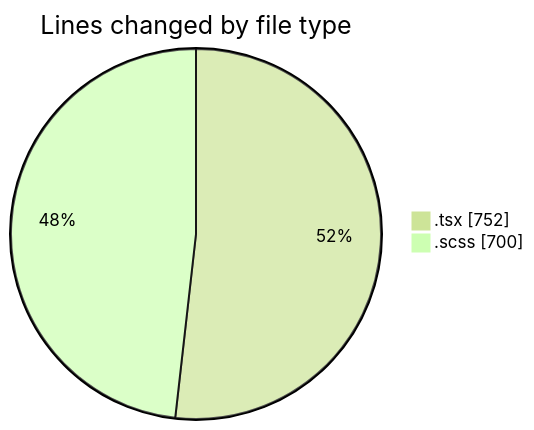
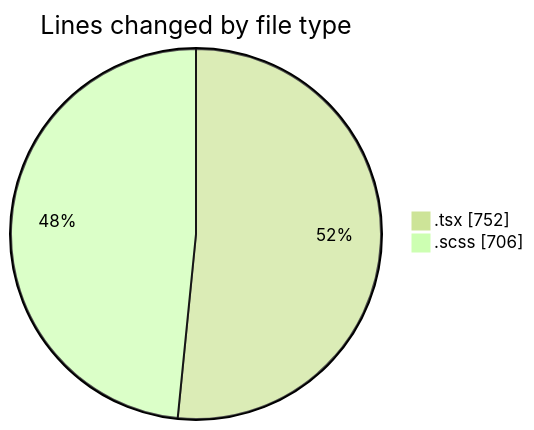
The first of 2 diagrams in 2025-10-06/cda/README.md (momahboobian/code-tracking), drawn with Mermaid (forest theme) before and after one commit. The commit also changed other lines of this file and 1 other file, not shown here.

````diff
--- a/2025-10-06/cda/README.md
+++ b/2025-10-06/cda/README.md
@@ -24,6 +24,6 @@
 ```mermaid
 pie showData
 title Lines changed by file type
 ".tsx" : 752
-".scss" : 700
+".scss" : 706
 ```
````
